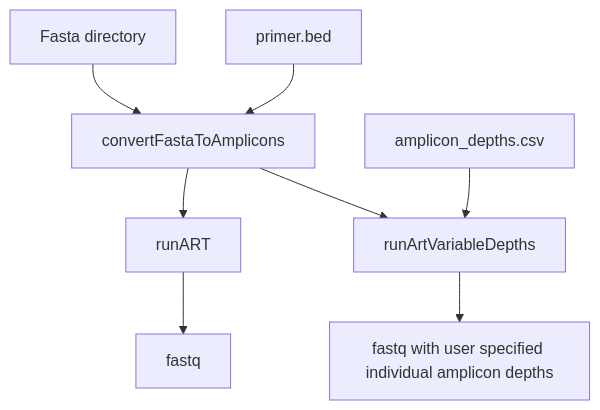
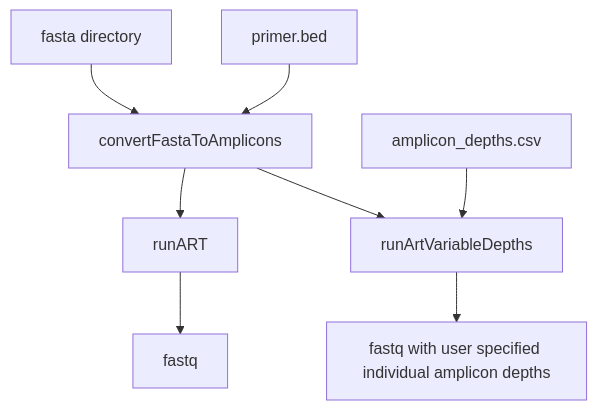
One commit to BCCDC-PHL/bioinflow changed the diagram in README.md. Above: the diagram before and after it, drawn with Mermaid.

````diff
--- a/README.md
+++ b/README.md
@@ -6,8 +6,8 @@
 ```mermaid
 flowchart TD
-    fasta[Fasta directory] --> ampToFasta[convertFastaToAmplicons]
+    fasta[fasta directory] --> ampToFasta[convertFastaToAmplicons]
     primer_bed[primer.bed] --> ampToFasta[convertFastaToAmplicons]
     ampToFasta --> ART[runART] --> fastq[fastq]
     amplicon_depths[amplicon_depths.csv] --> VariableART[runArtVariableDepths]
     ampToFasta --> VariableART[runArtVariableDepths] --> VariableFastq[fastq with user specified individual amplicon depths]
 ```
````
